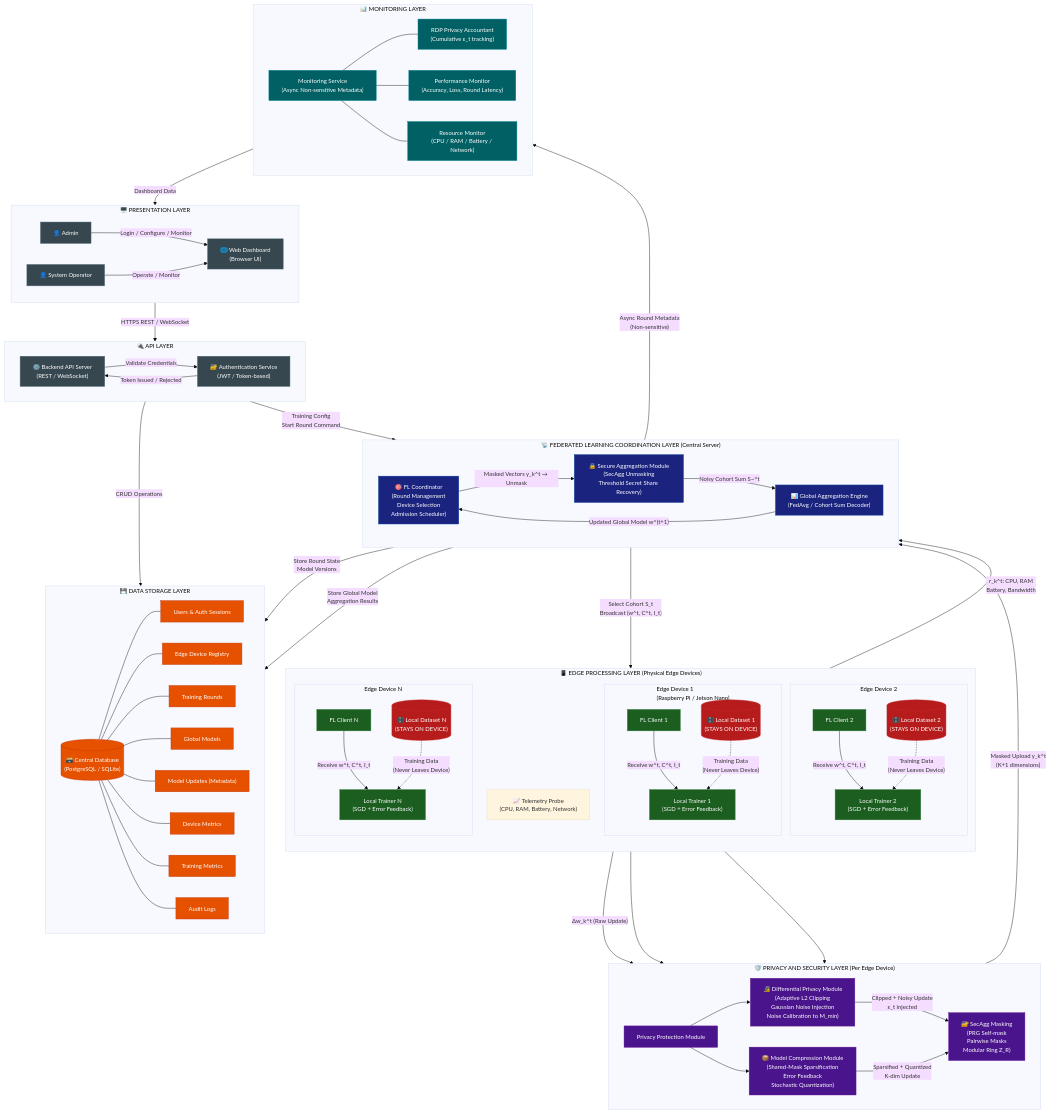
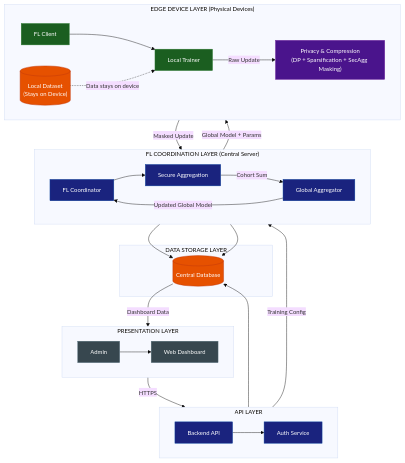
Before and after one commit to adarshkendre/uml-for-fl: the diagram in diagram-source-code/architecture/system_architecture.mmd, drawn with Mermaid. The commit also changed 16 other files, not shown here.

Commit message:
feat: add comprehensive UML, DFD, ERD, and architecture diagrams for federated learning system

```diff
--- a/diagram-source-code/architecture/system_architecture.mmd
+++ b/diagram-source-code/architecture/system_architecture.mmd
@@ -1,178 +1,72 @@
 %%{init: {'theme': 'base', 'themeVariables': {'fontSize': '14px'}}}%%
 graph TB
     %% =====================================================================
     %% SYSTEM ARCHITECTURE DIAGRAM
     %% Privacy-Preserving and Resource-Aware Federated Learning
-    %% for Heterogeneous Edge Devices
     %% Notation: Mermaid graph (top-to-bottom)
     %% =====================================================================
 
-    %% -------------------------
-    %% PRESENTATION LAYER
-    %% -------------------------
-    subgraph PL["🖥️  PRESENTATION LAYER"]
+    subgraph PL["PRESENTATION LAYER"]
         direction LR
-        ADMIN["👤 Admin"]
-        SYSOP["👤 System Operator"]
-        WD["🌐 Web Dashboard\n(Browser UI)"]
+        ADMIN["Admin"]
+        DASH["Web Dashboard"]
     end
 
-    %% -------------------------
-    %% API LAYER
-    %% -------------------------
-    subgraph AL["🔌  API LAYER"]
+    subgraph AL["API LAYER"]
         direction LR
-        API["⚙️ Backend API Server\n(REST / WebSocket)"]
-        AUTH["🔐 Authentication Service\n(JWT / Token-based)"]
+        API["Backend API"]
+        AUTH["Auth Service"]
     end
 
-    %% -------------------------
-    %% FL COORDINATION LAYER
-    %% -------------------------
-    subgraph FCL["📡  FEDERATED LEARNING COORDINATION LAYER  (Central Server)"]
+    subgraph FCL["FL COORDINATION LAYER  (Central Server)"]
         direction LR
-        FLCOORD["🎯 FL Coordinator\n(Round Management\nDevice Selection\nAdmission Scheduler)"]
-        GLOBAGG["📊 Global Aggregation Engine\n(FedAvg / Cohort Sum Decoder)"]
-        SECAGG["🔒 Secure Aggregation Module\n(SecAgg Unmasking\nThreshold Secret Share Recovery)"]
+        FLCOORD["FL Coordinator"]
+        SECAGG["Secure Aggregation"]
+        GLOBAGG["Global Aggregator"]
     end
 
-    %% -------------------------
-    %% EDGE PROCESSING LAYER
-    %% -------------------------
-    subgraph EPL["📱  EDGE PROCESSING LAYER  (Physical Edge Devices)"]
-        direction TB
-        subgraph ED1["Edge Device 1\n(Raspberry Pi / Jetson Nano)"]
-            FLC1["FL Client 1"]
-            LT1["Local Trainer 1\n(SGD + Error Feedback)"]
-            DS1[("🗄️ Local Dataset 1\n(STAYS ON DEVICE)")]
-        end
-        subgraph ED2["Edge Device 2"]
-            FLC2["FL Client 2"]
-            LT2["Local Trainer 2\n(SGD + Error Feedback)"]
-            DS2[("🗄️ Local Dataset 2\n(STAYS ON DEVICE)")]
-        end
-        subgraph ED3["Edge Device N"]
-            FLC3["FL Client N"]
-            LT3["Local Trainer N\n(SGD + Error Feedback)"]
-            DS3[("🗄️ Local Dataset N\n(STAYS ON DEVICE)")]
-        end
-        TEL["📈 Telemetry Probe\n(CPU, RAM, Battery, Network)"]
+    subgraph EPL["EDGE DEVICE LAYER  (Physical Devices)"]
+        direction LR
+        FLC["FL Client"]
+        LT["Local Trainer"]
+        DS[("Local Dataset\n(Stays on Device)")]
+        PRIV["Privacy & Compression\n(DP + Sparsification + SecAgg Masking)"]
     end
 
-    %% -------------------------
-    %% PRIVACY & SECURITY LAYER
-    %% -------------------------
-    subgraph PSL["🛡️  PRIVACY AND SECURITY LAYER  (Per Edge Device)"]
-        direction LR
-        PP["Privacy Protection Module"]
-        DP["🔏 Differential Privacy Module\n(Adaptive L2 Clipping\nGaussian Noise Injection\nNoise Calibration to M_min)"]
-        MC["📦 Model Compression Module\n(Shared-Mask Sparsification\nError Feedback\nStochastic Quantization)"]
-        SAENC["🔐 SecAgg Masking\n(PRG Self-mask\nPairwise Masks\nModular Ring Z_R)"]
+    subgraph DSL["DATA STORAGE LAYER"]
+        DB[("Central Database")]
     end
 
-    %% -------------------------
-    %% DATA STORAGE LAYER
-    %% -------------------------
-    subgraph DSL["💾  DATA STORAGE LAYER"]
-        direction LR
-        DB[("🗃️ Central Database\n(PostgreSQL / SQLite)")]
-        DBU["Users & Auth Sessions"]
-        DBD["Edge Device Registry"]
-        DBR["Training Rounds"]
-        DBM["Global Models"]
-        DBMU["Model Updates (Metadata)"]
-        DBDM["Device Metrics"]
-        DBTM["Training Metrics"]
-        DBAL["Audit Logs"]
-    end
+    %% Connections
+    ADMIN --> DASH
+    DASH -->|"HTTPS"| API
+    API --> AUTH
+    API -->|"Training Config"| FLCOORD
 
-    %% -------------------------
-    %% MONITORING LAYER
-    %% -------------------------
-    subgraph MON["📊  MONITORING LAYER"]
-        direction LR
-        MONSVC["Monitoring Service\n(Async Non-sensitive Metadata)"]
-        RDPACC["RDP Privacy Accountant\n(Cumulative ε_t tracking)"]
-        PERFMON["Performance Monitor\n(Accuracy, Loss, Round Latency)"]
-        RESMON["Resource Monitor\n(CPU / RAM / Battery / Network)"]
-    end
+    FLCOORD -->|"Global Model + Params"| FLC
+    FLC --> LT
+    DS -.->|"Data stays on device"| LT
+    LT -->|"Raw Update"| PRIV
+    PRIV -->|"Masked Update"| FLCOORD
 
-    %% =====================================================================
-    %% COMMUNICATION PATHS
-    %% =====================================================================
+    FLCOORD --> SECAGG
+    SECAGG -->|"Cohort Sum"| GLOBAGG
+    GLOBAGG -->|"Updated Global Model"| FLCOORD
 
-    %% Presentation → API
-    ADMIN -->|"Login / Configure / Monitor"| WD
-    SYSOP -->|"Operate / Monitor"| WD
-    WD -->|"HTTPS REST / WebSocket"| API
-
-    %% API → Auth
-    API -->|"Validate Credentials"| AUTH
-    AUTH -->|"Token Issued / Rejected"| API
-
-    %% API → FL Coordination
-    API -->|"Training Config\nStart Round Command"| FLCOORD
-
-    %% FL Coordination internals
-    FLCOORD -->|"Select Cohort S_t\nBroadcast (w^t, C^t, I_t)"| EPL
-    FLCOORD -->|"Masked Vectors y_k^t → Unmask"| SECAGG
-    SECAGG -->|"Noisy Cohort Sum S~^t"| GLOBAGG
-    GLOBAGG -->|"Updated Global Model w^(t+1)"| FLCOORD
-
-    %% Edge Device processing (per device, shown for Device 1)
-    FLC1 -->|"Receive w^t, C^t, I_t"| LT1
-    LT1 -->|"Δw_k^t (Raw Update)"| PP
-    DS1 -.->|"Training Data\n(Never Leaves Device)"| LT1
-    PP --> DP
-    PP --> MC
-    DP -->|"Clipped + Noisy Update\nε_t injected"| SAENC
-    MC -->|"Sparsified + Quantized\nK-dim Update"| SAENC
-    SAENC -->|"Masked Upload y_k^t\n(K+1 dimensions)"| FLCOORD
-
-    FLC2 -->|"Receive w^t, C^t, I_t"| LT2
-    LT2 --> PP
-    DS2 -.->|"Training Data\n(Never Leaves Device)"| LT2
-
-    FLC3 -->|"Receive w^t, C^t, I_t"| LT3
-    LT3 --> PP
-    DS3 -.->|"Training Data\n(Never Leaves Device)"| LT3
-
-    %% Telemetry
-    TEL -->|"r_k^t: CPU, RAM\nBattery, Bandwidth"| FLCOORD
-
-    %% DB connections
-    API -->|"CRUD Operations"| DB
-    FLCOORD -->|"Store Round State\nModel Versions"| DB
-    GLOBAGG -->|"Store Global Model\nAggregation Results"| DB
-    DB --- DBU
-    DB --- DBD
-    DB --- DBR
-    DB --- DBM
-    DB --- DBMU
-    DB --- DBDM
-    DB --- DBTM
-    DB --- DBAL
-
-    %% Monitoring
-    FLCOORD -->|"Async Round Metadata\n(Non-sensitive)"| MONSVC
-    MONSVC --- RDPACC
-    MONSVC --- PERFMON
-    MONSVC --- RESMON
-    MONSVC -->|"Dashboard Data"| WD
+    API --> DB
+    FLCOORD --> DB
+    GLOBAGG --> DB
+    DB -->|"Dashboard Data"| DASH
 
     %% Styling
     classDef serverComp fill:#1a237e,stroke:#0d47a1,color:#ffffff
     classDef edgeComp fill:#1b5e20,stroke:#2e7d32,color:#ffffff
-    classDef privacyComp fill:#4a148c,stroke:#6a1b9a,color:#ffffff
+    classDef presComp fill:#37474f,stroke:#546e7a,color:#ffffff
     classDef dataComp fill:#e65100,stroke:#bf360c,color:#ffffff
-    classDef monComp fill:#006064,stroke:#00838f,color:#ffffff
-    classDef presComp fill:#37474f,stroke:#546e7a,color:#ffffff
-    classDef datasetNode fill:#b71c1c,stroke:#c62828,color:#ffffff
+    classDef privComp fill:#4a148c,stroke:#6a1b9a,color:#ffffff
 
-    class FLCOORD,GLOBAGG,SECAGG serverComp
-    class FLC1,FLC2,FLC3,LT1,LT2,LT3 edgeComp
-    class DP,MC,SAENC,PP privacyComp
-    class DB,DBU,DBD,DBR,DBM,DBMU,DBDM,DBTM,DBAL dataComp
-    class MONSVC,RDPACC,PERFMON,RESMON monComp
-    class ADMIN,SYSOP,WD,API,AUTH presComp
-    class DS1,DS2,DS3 datasetNode
+    class FLCOORD,SECAGG,GLOBAGG,API,AUTH serverComp
+    class FLC,LT edgeComp
+    class ADMIN,DASH presComp
+    class DB,DS dataComp
+    class PRIV privComp
```
